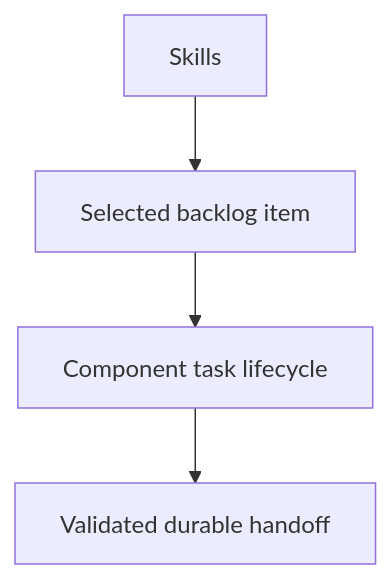
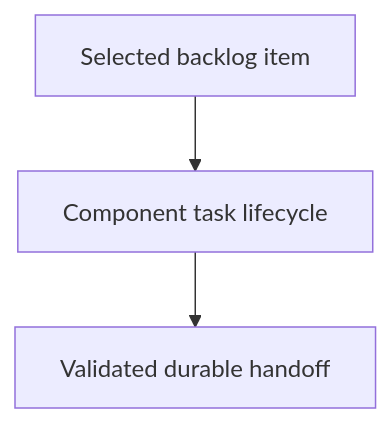
One commit to abstract-business-systems/as-is changed the diagram in skills/implementing-component-tasks/as-is.md. Above: the diagram before and after it, drawn with Mermaid. The commit also changed other lines of this file and 51 other files, not shown here.

Commit message:
docs(as-is): improve hierarchical architecture documentation

````diff
--- a/skills/implementing-component-tasks/as-is.md
+++ b/skills/implementing-component-tasks/as-is.md
@@ -15,7 +15,5 @@
 ```mermaid
 flowchart TD
-    Parent["Skills"] --> A["Selected backlog item"] --> B["Component task lifecycle"]
+    A["Selected backlog item"] --> B["Component task lifecycle"]
     B --> C["Validated durable handoff"]
-
-    click Parent href "../as-is.md#design" "Open Skills design"
 ```
````
